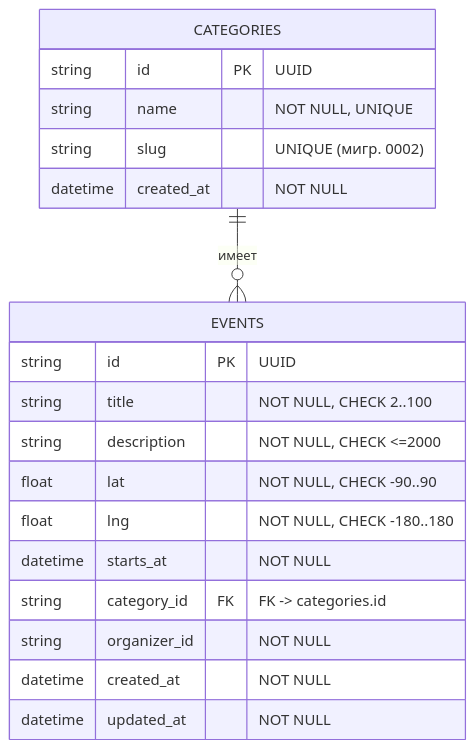
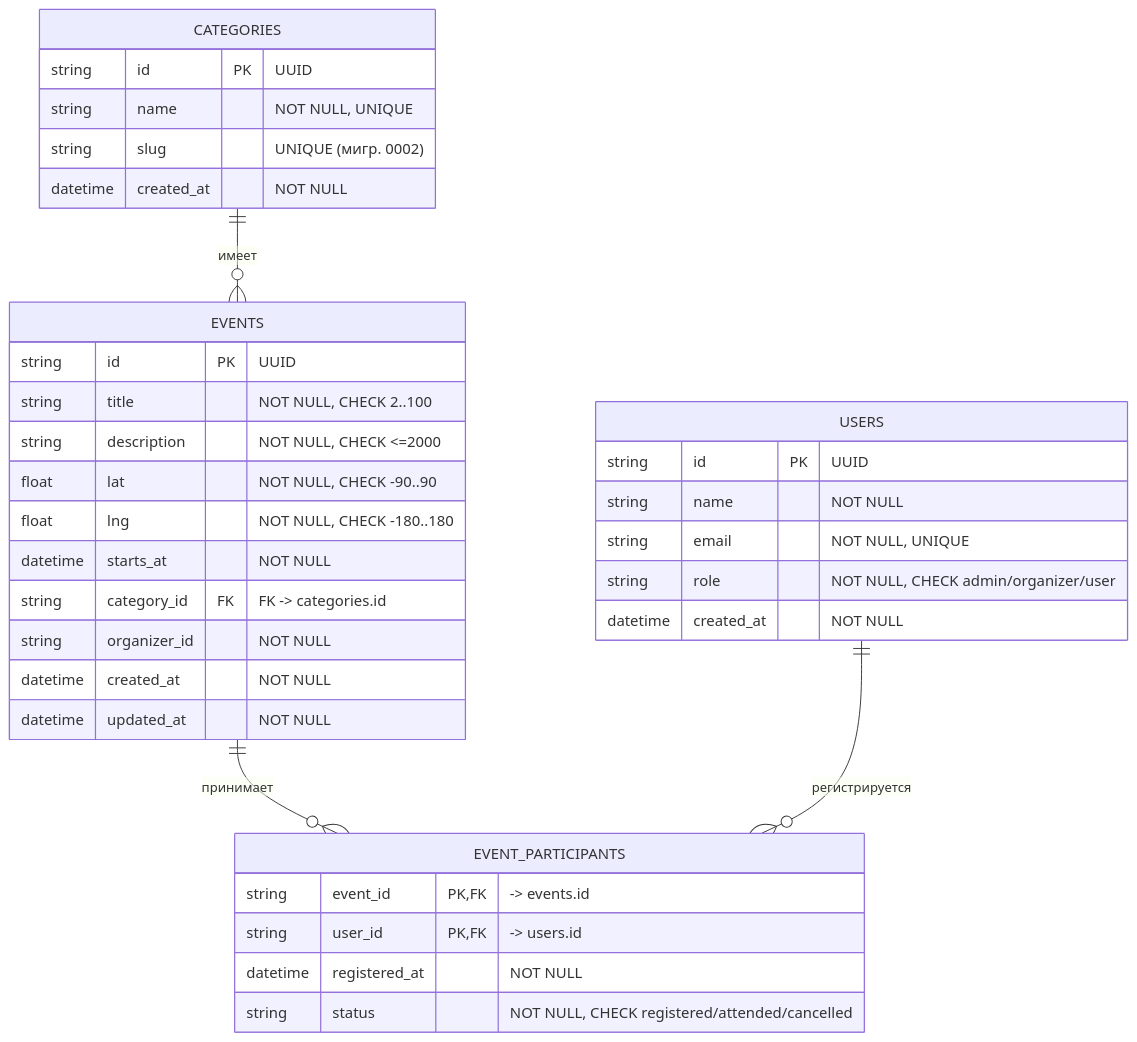
The diagram in event-map-app/events-service/docs/er-diagram.mmd (banumm/event-map-app), drawn with Mermaid before and after one commit. The commit also changed 8 other files, not shown here.

Commit message:
ПР3: расширение схемы — таблицы users и event_participants (связь N:M)

```diff
--- a/event-map-app/events-service/docs/er-diagram.mmd
+++ b/event-map-app/events-service/docs/er-diagram.mmd
@@ -1,20 +1,35 @@
 erDiagram
     CATEGORIES ||--o{ EVENTS : "имеет"
+    EVENTS ||--o{ EVENT_PARTICIPANTS : "принимает"
+    USERS ||--o{ EVENT_PARTICIPANTS : "регистрируется"
     CATEGORIES {
         string id PK "UUID"
         string name "NOT NULL, UNIQUE"
         string slug "UNIQUE (мигр. 0002)"
         datetime created_at "NOT NULL"
     }
     EVENTS {
         string id PK "UUID"
         string title "NOT NULL, CHECK 2..100"
         string description "NOT NULL, CHECK <=2000"
         float lat "NOT NULL, CHECK -90..90"
         float lng "NOT NULL, CHECK -180..180"
         datetime starts_at "NOT NULL"
         string category_id FK "FK -> categories.id"
         string organizer_id "NOT NULL"
         datetime created_at "NOT NULL"
         datetime updated_at "NOT NULL"
     }
+    USERS {
+        string id PK "UUID"
+        string name "NOT NULL"
+        string email "NOT NULL, UNIQUE"
+        string role "NOT NULL, CHECK admin/organizer/user"
+        datetime created_at "NOT NULL"
+    }
+    EVENT_PARTICIPANTS {
+        string event_id PK, FK "-> events.id"
+        string user_id PK, FK "-> users.id"
+        datetime registered_at "NOT NULL"
+        string status "NOT NULL, CHECK registered/attended/cancelled"
+    }
```
